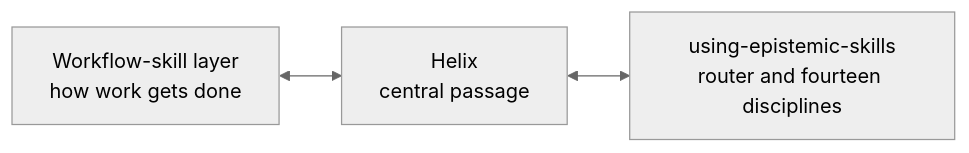
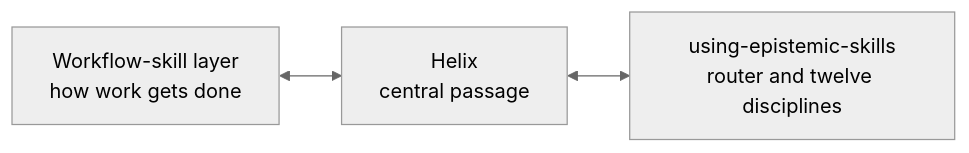
Before and after one commit to ZMS-Labs/epistemic-skills: the first of 2 diagrams in README.md, drawn with Mermaid (neutral theme). The commit also changed other lines of this file and 219 other files, not shown here.

````diff
--- a/README.md
+++ b/README.md
@@ -106,5 +106,5 @@
 ```mermaid
 flowchart LR
     W["Workflow-skill layer<br/>how work gets done"] <--> H["Helix<br/>central passage"]
-    H <--> E["using-epistemic-skills<br/>router and fourteen disciplines"]
+    H <--> E["using-epistemic-skills<br/>router and twelve disciplines"]
 ```
````
